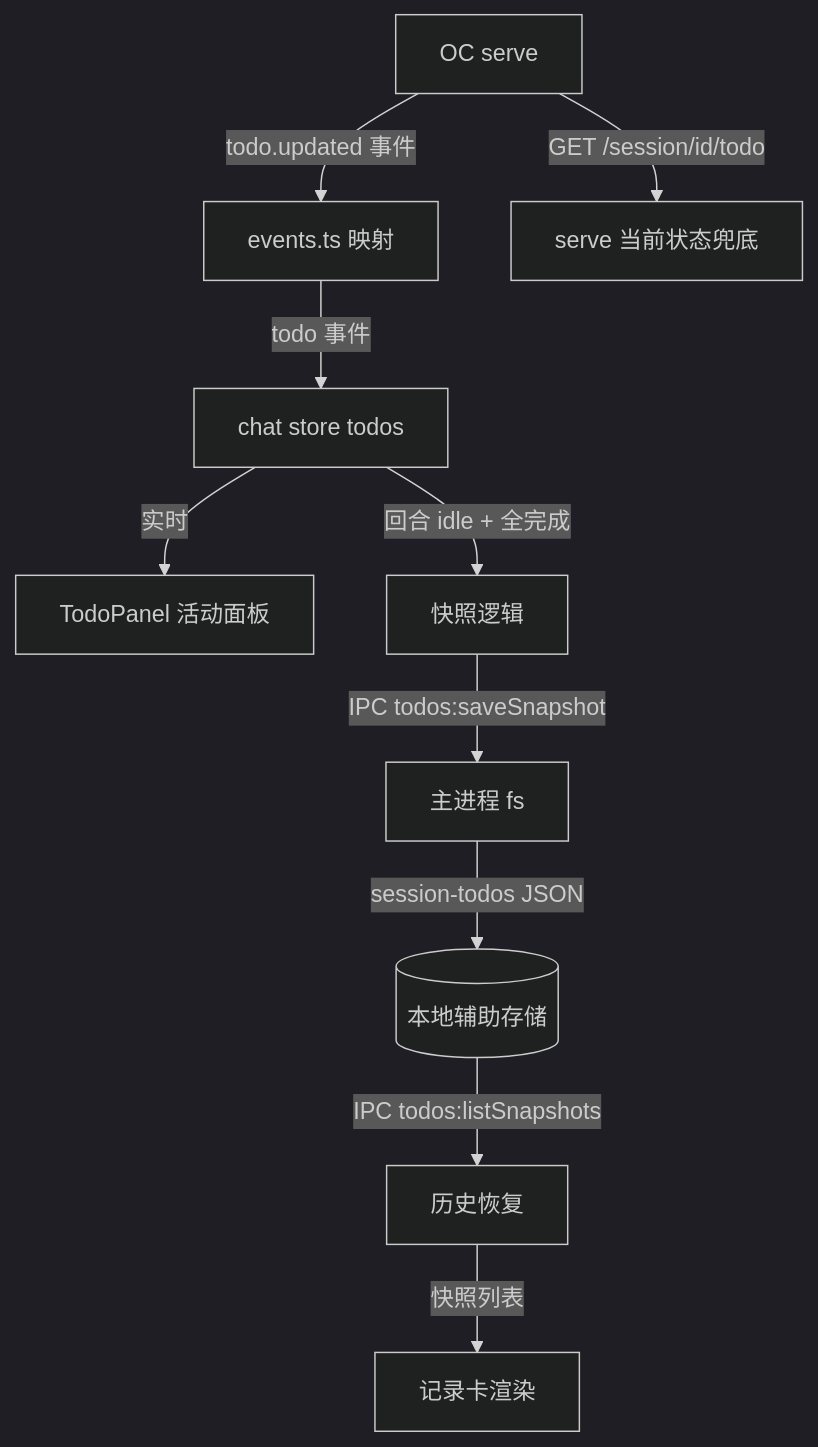
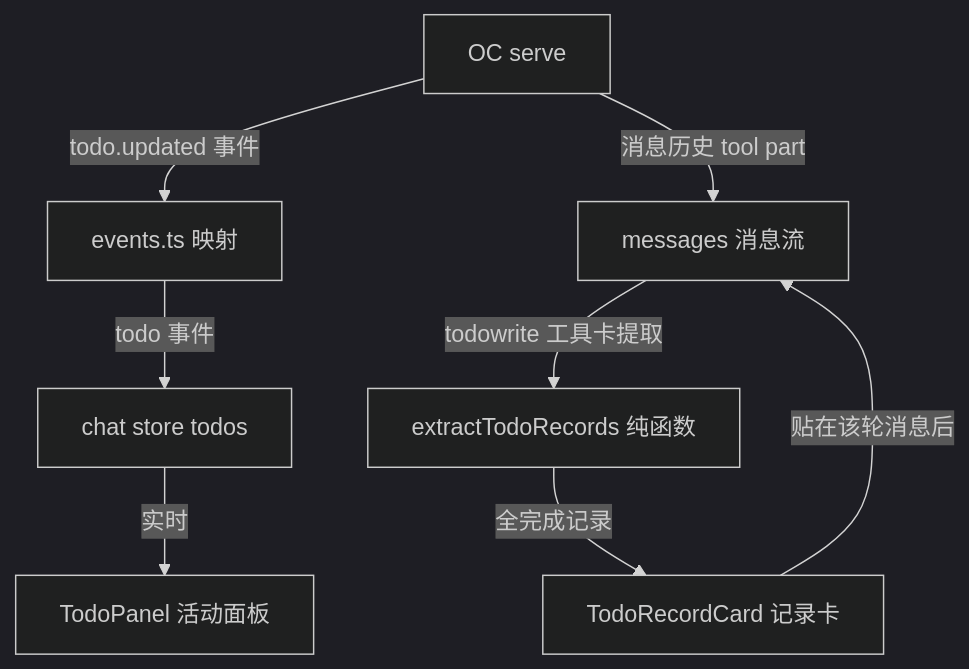
The first of 2 diagrams in docs/设计/待办列表-设计方案.md (Max-Null/fractal), drawn with Mermaid (dark theme) before and after one commit. The commit also changed other lines of this file and 1 other file, not shown here.

Commit message:
docs: 待办列表 v2.0——记录卡改从 serve 工具卡提取，移除本地快照（纯 serve 数据源）

````diff
--- a/docs/设计/待办列表-设计方案.md
+++ b/docs/设计/待办列表-设计方案.md
@@ -50,12 +47,10 @@
 ```mermaid
 flowchart TD
     E[OC serve] -->|todo.updated 事件| F[events.ts 映射]
     F -->|todo 事件| S[chat store todos]
     S -->|实时| P[TodoPanel 活动面板]
-    S -->|回合 idle + 全完成| SN[快照逻辑]
-    SN -->|IPC todos:saveSnapshot| M[主进程 fs]
-    M -->|session-todos JSON| D[(本地辅助存储)]
-    D -->|IPC todos:listSnapshots| H[历史恢复]
-    H -->|快照列表| R[记录卡渲染]
-    E -->|GET /session/id/todo| S2[serve 当前状态兜底]
+    E -->|消息历史 tool part| M[messages 消息流]
+    M -->|todowrite 工具卡提取| X[extractTodoRecords 纯函数]
+    X -->|全完成记录| R[TodoRecordCard 记录卡]
+    R -->|贴在该轮消息后| M
 ```
````
